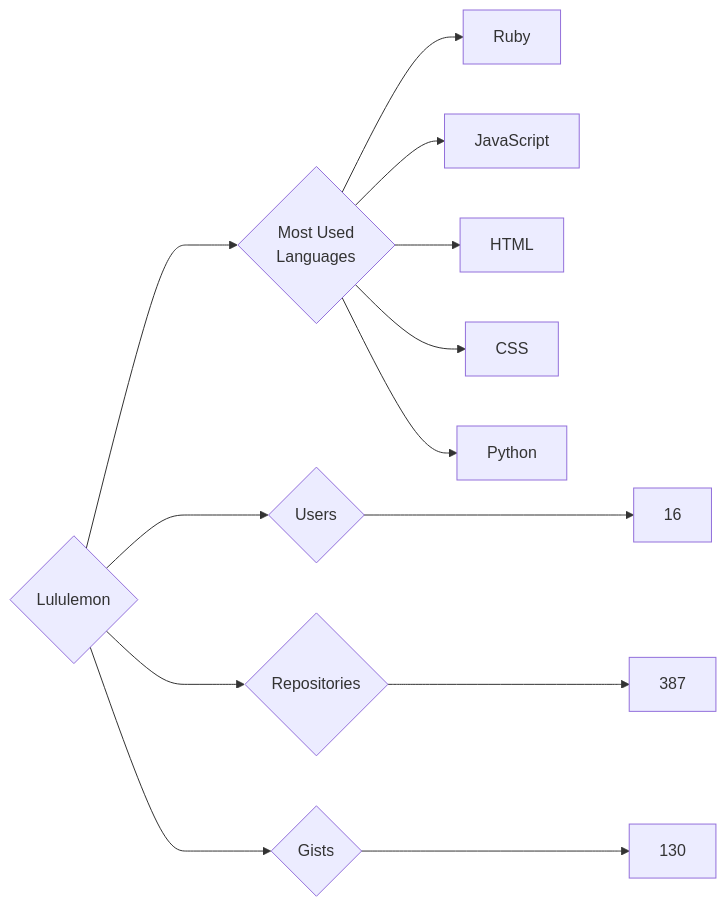
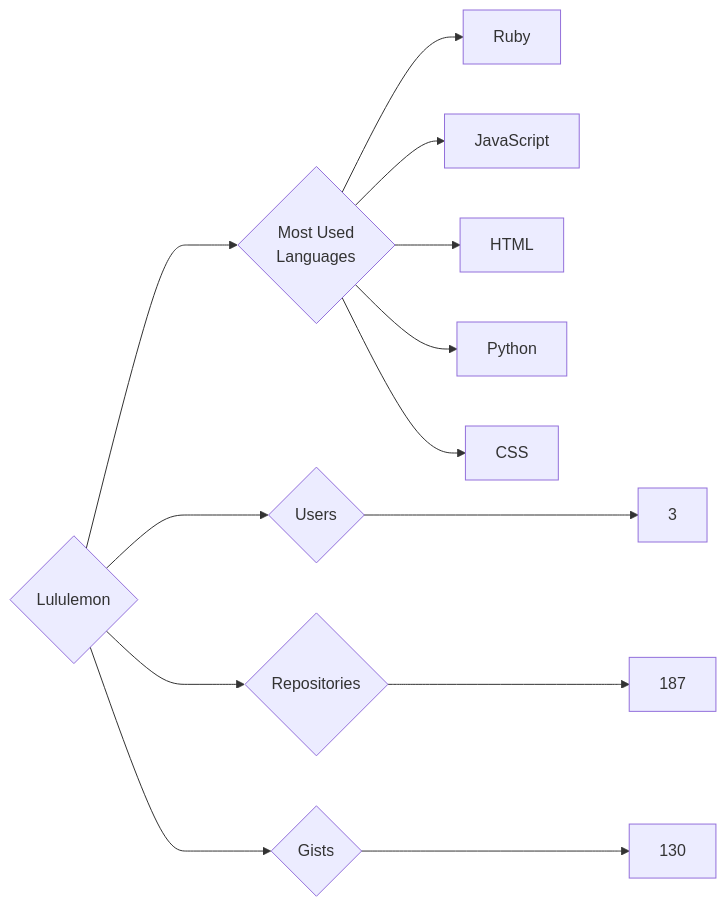
The diagram in targets/Lululemon/README.md (trickest/insiders), drawn with Mermaid before and after one commit. The commit also changed 569 other files, not shown here.

````diff
--- a/targets/Lululemon/README.md
+++ b/targets/Lululemon/README.md
@@ -3,13 +3,13 @@
 ```mermaid
 graph LR
 COMPANY_NAME{Lululemon}
-COMPANY_NAME ---> U{Users} ---> UN[16]
-COMPANY_NAME ---> R{Repositories} ---> RN[387]
+COMPANY_NAME ---> U{Users} ---> UN[3]
+COMPANY_NAME ---> R{Repositories} ---> RN[187]
 COMPANY_NAME ---> G{Gists} ---> GN[130]
 COMPANY_NAME ---> ML{Most Used<br>Languages}
 ML --> Ruby[Ruby]
 ML --> JavaScript[JavaScript]
 ML --> HTML[HTML]
+ML --> Python[Python]
 ML --> CSS[CSS]
-ML --> Python[Python]
 ```
````
